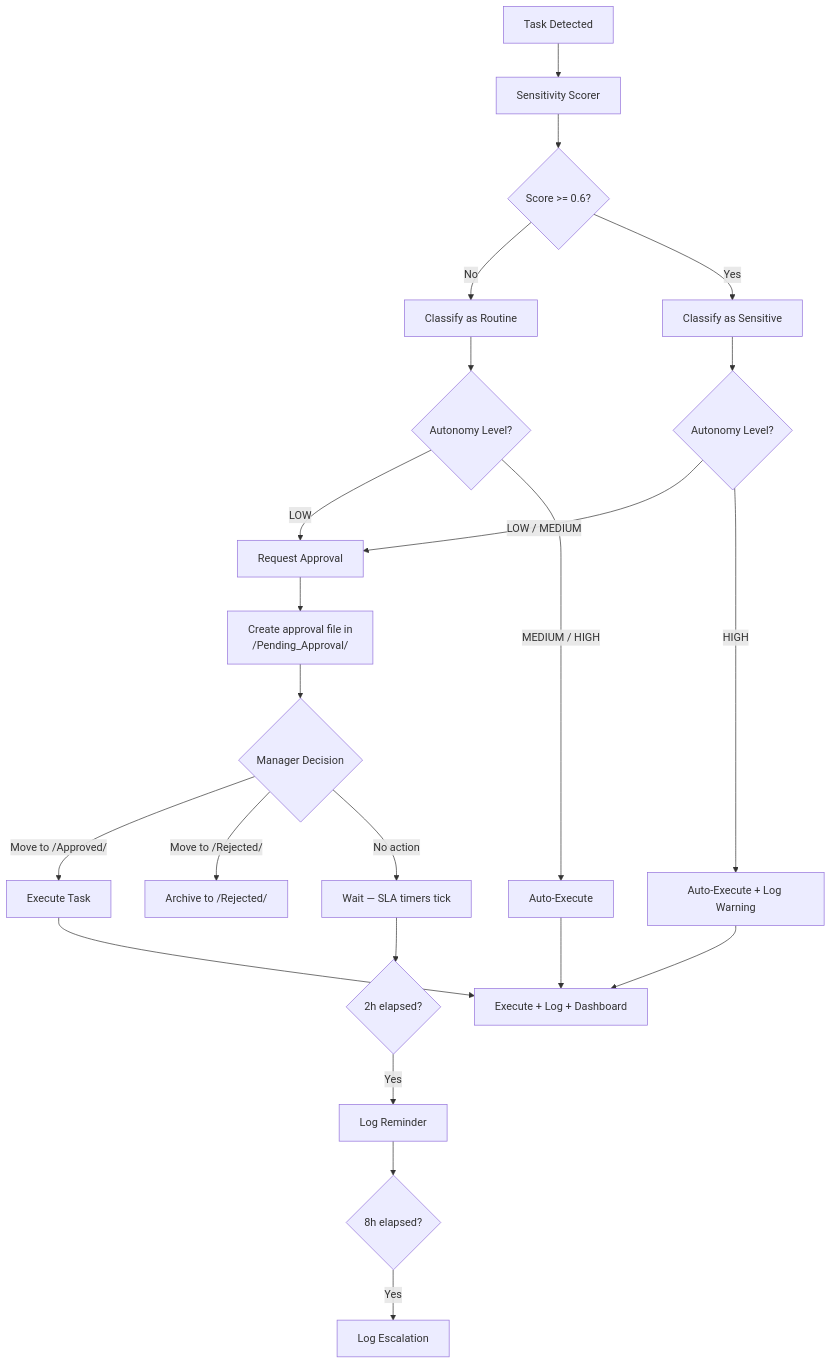
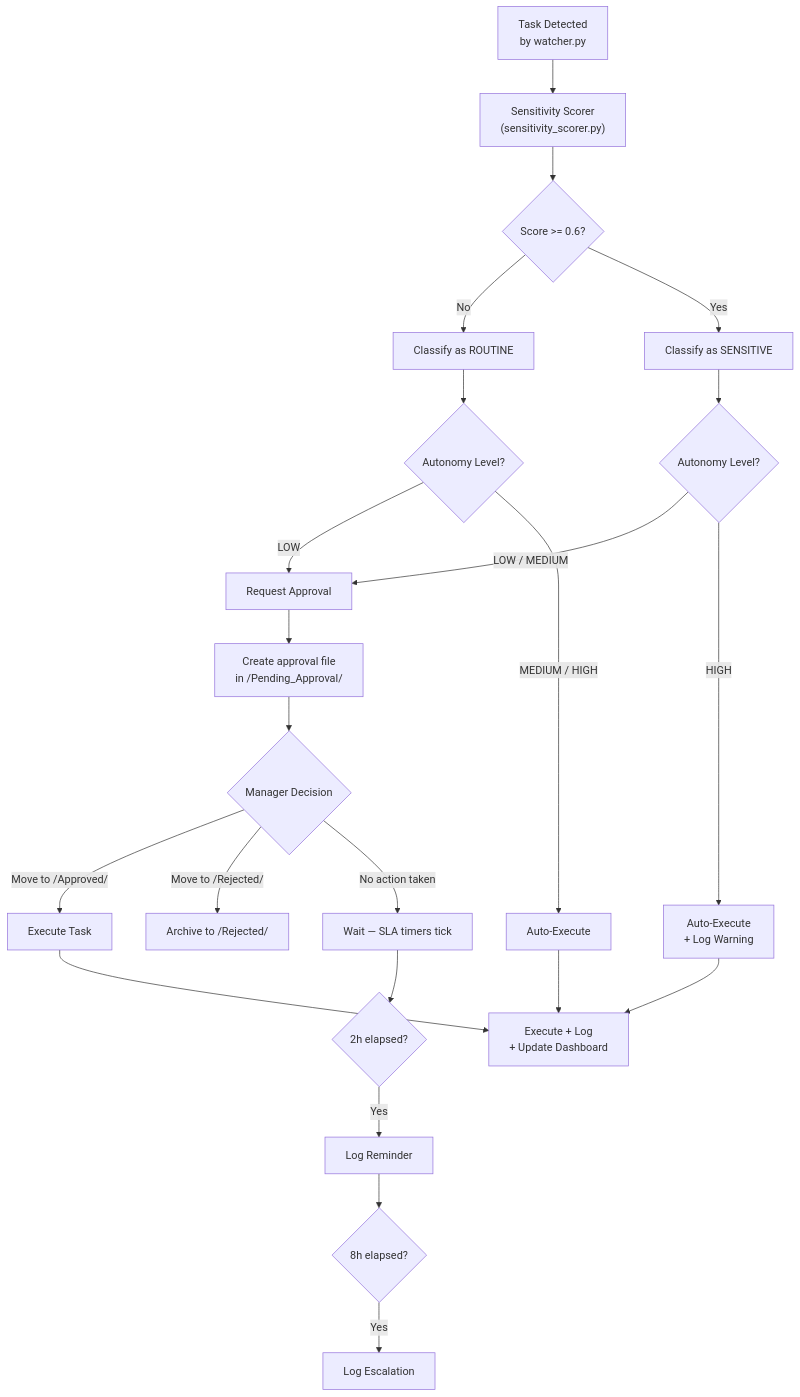
The first of 3 diagrams in Docs/Approval_Workflow.md (Ub207/AI_Employee_Vault), drawn with Mermaid before and after one commit. The commit also changed other lines of this file and 6 other files, not shown here.

````diff
--- a/Docs/Approval_Workflow.md
+++ b/Docs/Approval_Workflow.md
@@ -17,30 +19,30 @@
 ```mermaid
 flowchart TD
-    A[Task Detected] --> B[Sensitivity Scorer]
-    B --> C{Score >= 0.6?}
-    C -->|No| D[Classify as Routine]
-    C -->|Yes| E[Classify as Sensitive]
+    A[Task Detected<br/>by watcher.py] --> B["Sensitivity Scorer<br/>(sensitivity_scorer.py)"]
+    B --> C{"Score >= 0.6?"}
+    C -->|No| D[Classify as ROUTINE]
+    C -->|Yes| E[Classify as SENSITIVE]
 
     D --> F{Autonomy Level?}
     F -->|LOW| G[Request Approval]
-    F -->|MEDIUM / HIGH| H[Auto-Execute]
+    F -->|"MEDIUM / HIGH"| H[Auto-Execute]
 
     E --> I{Autonomy Level?}
-    I -->|LOW / MEDIUM| G
-    I -->|HIGH| J[Auto-Execute + Log Warning]
+    I -->|"LOW / MEDIUM"| G
+    I -->|HIGH| J["Auto-Execute<br/>+ Log Warning"]
 
-    G --> K[Create approval file in\n/Pending_Approval/]
+    G --> K["Create approval file<br/>in /Pending_Approval/"]
     K --> L{Manager Decision}
-    L -->|Move to /Approved/| M[Execute Task]
-    L -->|Move to /Rejected/| N[Archive to /Rejected/]
-    L -->|No action| O[Wait — SLA timers tick]
+    L -->|"Move to /Approved/"| M[Execute Task]
+    L -->|"Move to /Rejected/"| N[Archive to /Rejected/]
+    L -->|No action taken| O[Wait — SLA timers tick]
 
     O --> P{2h elapsed?}
     P -->|Yes| Q[Log Reminder]
     Q --> R{8h elapsed?}
     R -->|Yes| S[Log Escalation]
 
-    H --> T[Execute + Log + Dashboard]
+    H --> T["Execute + Log<br/>+ Update Dashboard"]
     J --> T
     M --> T
 ```
````
